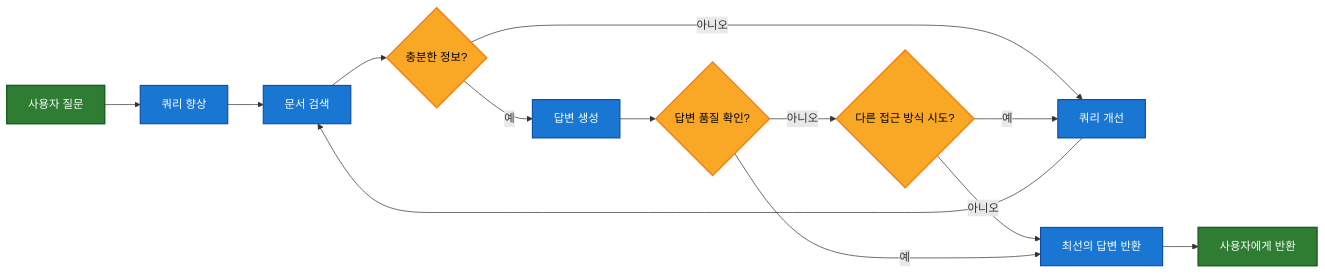
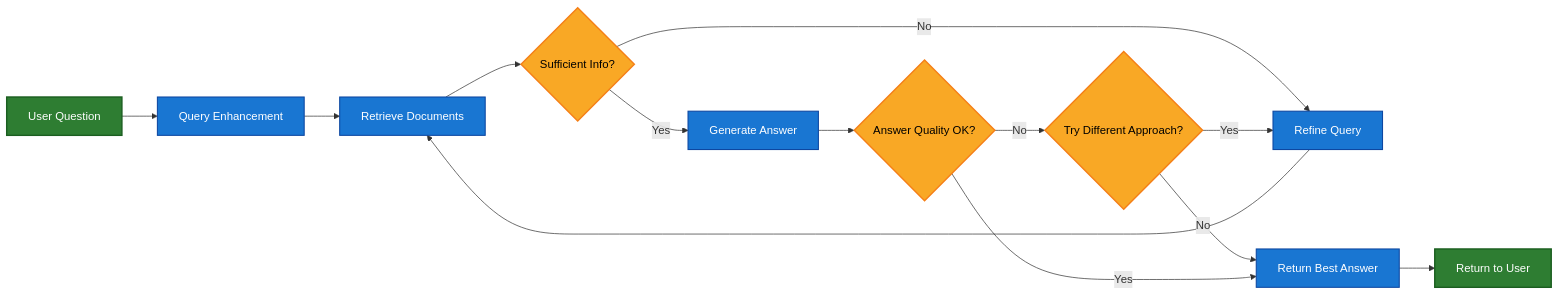
Before and after one commit to jeongsk/langchain-docs: the fourth of 4 diagrams in build/oss/javascript/langchain/retrieval.mdx, drawn with Mermaid. The commit also changed other lines of this file and 548 other files, not shown here.

````diff
--- a/build/oss/javascript/langchain/retrieval.mdx
+++ b/build/oss/javascript/langchain/retrieval.mdx
@@ -307,23 +307,23 @@
 ```mermaid
 graph LR
-    A[사용자 질문] --> B[쿼리 향상]
-    B --> C[문서 검색]
-    C --> D{충분한 정보?}
-    D -- 아니오 --> E[쿼리 개선]
+    A[User Question] --> B[Query Enhancement]
+    B --> C[Retrieve Documents]
+    C --> D{Sufficient Info?}
+    D -- No --> E[Refine Query]
     E --> C
-    D -- 예 --> F[답변 생성]
-    F --> G{답변 품질 확인?}
-    G -- 아니오 --> H{다른 접근 방식 시도?}
-    H -- 예 --> E
-    H -- 아니오 --> I[최선의 답변 반환]
-    G -- 예 --> I
-    I --> J[사용자에게 반환]
+    D -- Yes --> F[Generate Answer]
+    F --> G{Answer Quality OK?}
+    G -- No --> H{Try Different Approach?}
+    H -- Yes --> E
+    H -- No --> I[Return Best Answer]
+    G -- Yes --> I
+    I --> J[Return to User]
 
     classDef startend fill:#2e7d32,stroke:#1b5e20,stroke-width:2px,color:#fff
     classDef decision fill:#f9a825,stroke:#f57f17,stroke-width:2px,color:#000
     classDef process fill:#1976d2,stroke:#0d47a1,stroke-width:1.5px,color:#fff
 
     class A,J startend
     class B,C,E,F,I process
     class D,G,H decision
 ```
````
